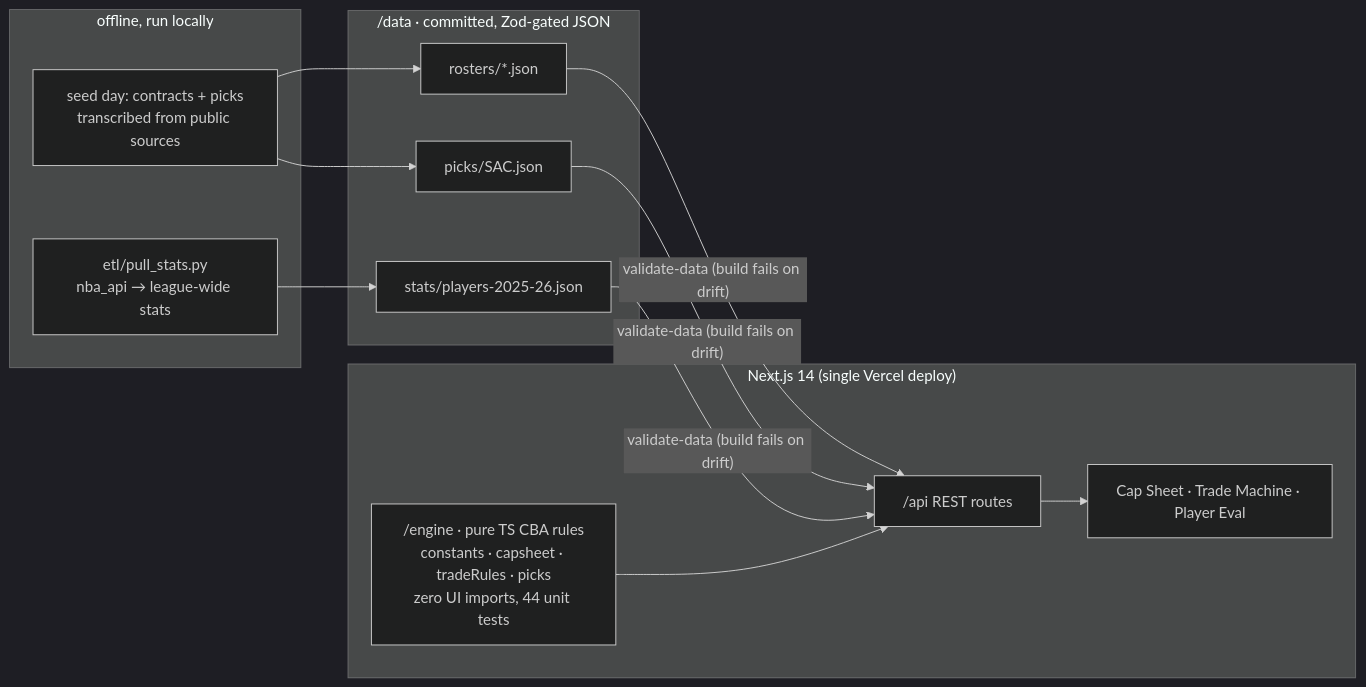
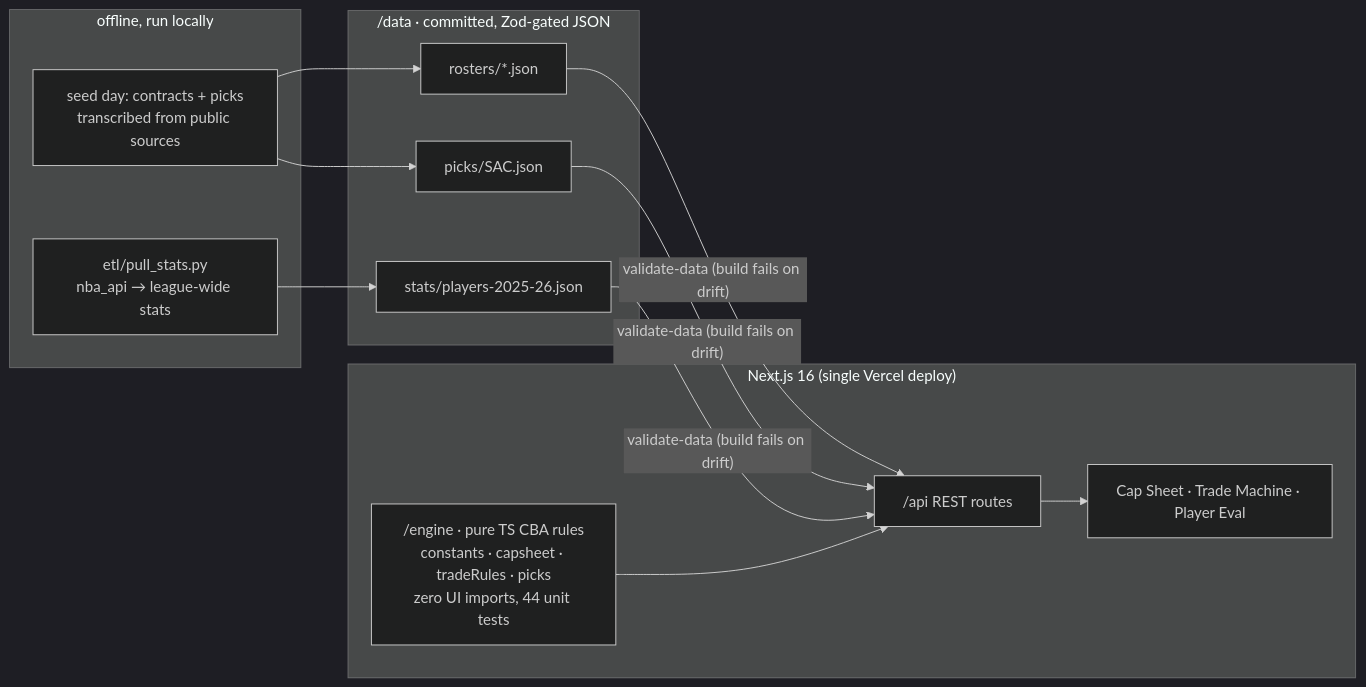
Before and after one commit to aaguasvivas/the-cap-room: the diagram in README.md, drawn with Mermaid (dark theme). The commit also changed other lines of this file and 6 other files, not shown here.

````diff
--- a/README.md
+++ b/README.md
@@ -43,23 +62,23 @@
 ```mermaid
 flowchart LR
     subgraph offline["offline, run locally"]
         ETL["etl/pull_stats.py<br/>nba_api → league-wide stats"]
         SEED["seed day: contracts + picks<br/>transcribed from public sources"]
     end
     subgraph repo["/data · committed, Zod-gated JSON"]
         R["rosters/*.json"]
         P["picks/SAC.json"]
         S["stats/players-2025-26.json"]
     end
-    subgraph app["Next.js 14 (single Vercel deploy)"]
+    subgraph app["Next.js 16 (single Vercel deploy)"]
         ENGINE["/engine · pure TS CBA rules<br/>constants · capsheet · tradeRules · picks<br/>zero UI imports, 44 unit tests"]
         API["/api REST routes"]
         UI["Cap Sheet · Trade Machine · Player Eval"]
     end
     ETL --> S
     SEED --> R
     SEED --> P
     R & P & S -->|"validate-data (build fails on drift)"| API
     ENGINE --> API
     API --> UI
 ```
````
